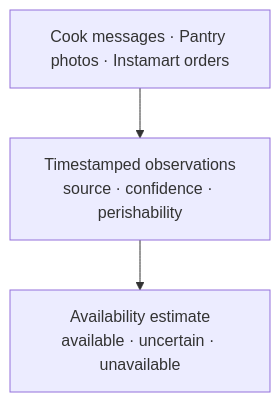
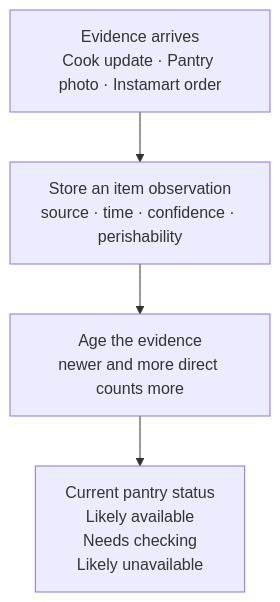
The second of 3 diagrams in src/content/blog/building-on-zeroclaw/page.mdx (f0rr0/f0rr0.dev), drawn with Mermaid before and after one commit. The commit also changed other lines of this file, not shown here.

Commit message:
fix(blog): clarify meal planning diagrams

````diff
--- a/src/content/blog/building-on-zeroclaw/page.mdx
+++ b/src/content/blog/building-on-zeroclaw/page.mdx
@@ -125,8 +125,9 @@
 ```mermaid
 flowchart TB
   accTitle: Pantry evidence pipeline
-  accDescr: Cook messages, pantry photos, order screenshots, and Instamart history become timestamped pantry observations with source and perishability metadata, then project into an availability estimate.
-  Sources["Cook messages · Pantry photos · Instamart orders"]
-  Sources --> Observe["Timestamped observations<br/>source · confidence · perishability"]
-  Observe --> Project["Availability estimate<br/>available · uncertain · unavailable"]
+  accDescr: Evidence from a cook update, pantry photo, or Instamart order becomes an item observation. Its confidence falls with age according to the source and perishability, producing a current pantry status.
+  Evidence["Evidence arrives<br/>Cook update · Pantry photo · Instamart order"]
+  Evidence --> Observe["Store an item observation<br/>source · time · confidence · perishability"]
+  Observe --> Age["Age the evidence<br/>newer and more direct counts more"]
+  Age --> Status["Current pantry status<br/>Likely available<br/>Needs checking<br/>Likely unavailable"]
 ```
````
